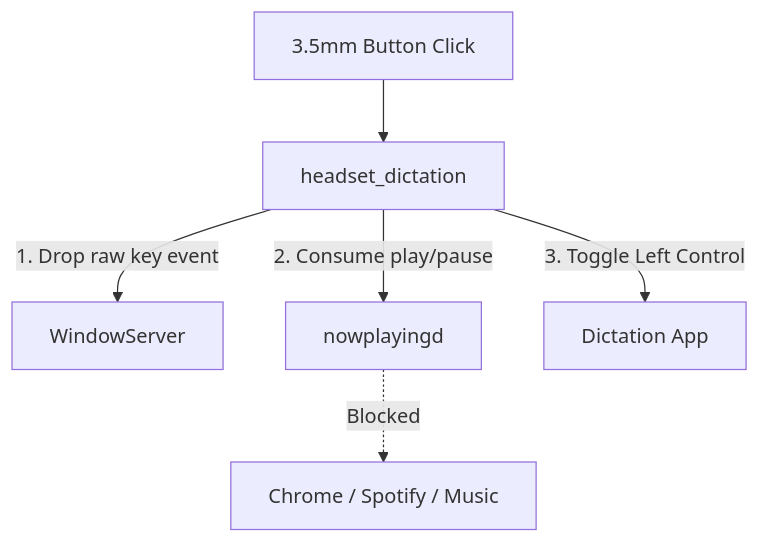
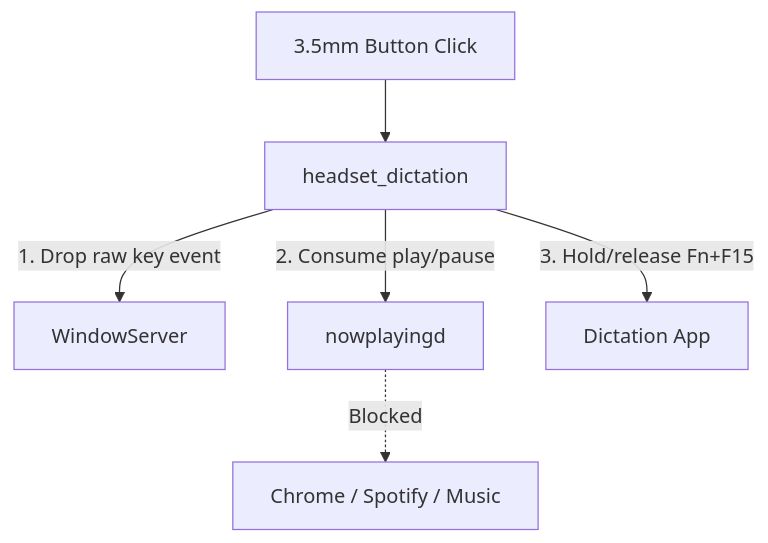
The third of 3 diagrams in README.md (matgCodes/headset-dictation), drawn with Mermaid before and after one commit. The commit also changed other lines of this file and 1 other file, not shown here.

First line of the commit message:
feat: trigger Wispr Flow push-to-talk via the Fn+F15 chord

````diff
--- a/README.md
+++ b/README.md
@@ -169,10 +172,10 @@
 ```mermaid
 flowchart TD
     Click[3.5mm Button Click] --> Daemon[headset_dictation]
 
     Daemon -->|1. Drop raw key event| WindowServer[WindowServer]
     Daemon -->|2. Consume play/pause| NowPlaying[nowplayingd]
-    Daemon -->|3. Toggle Left Control| Dictation[Dictation App]
+    Daemon -->|3. Hold/release Fn+F15| Dictation[Dictation App]
 
     NowPlaying -.->|Blocked| Media[Chrome / Spotify / Music]
 ```
````
